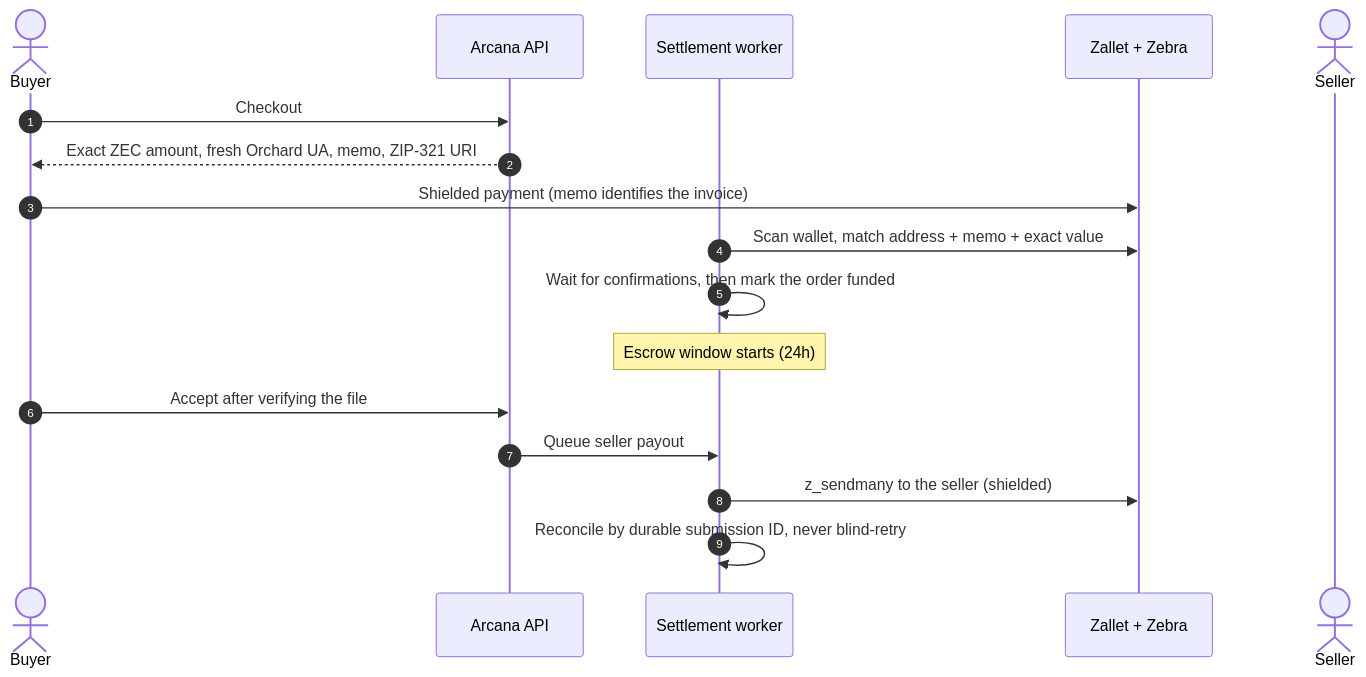
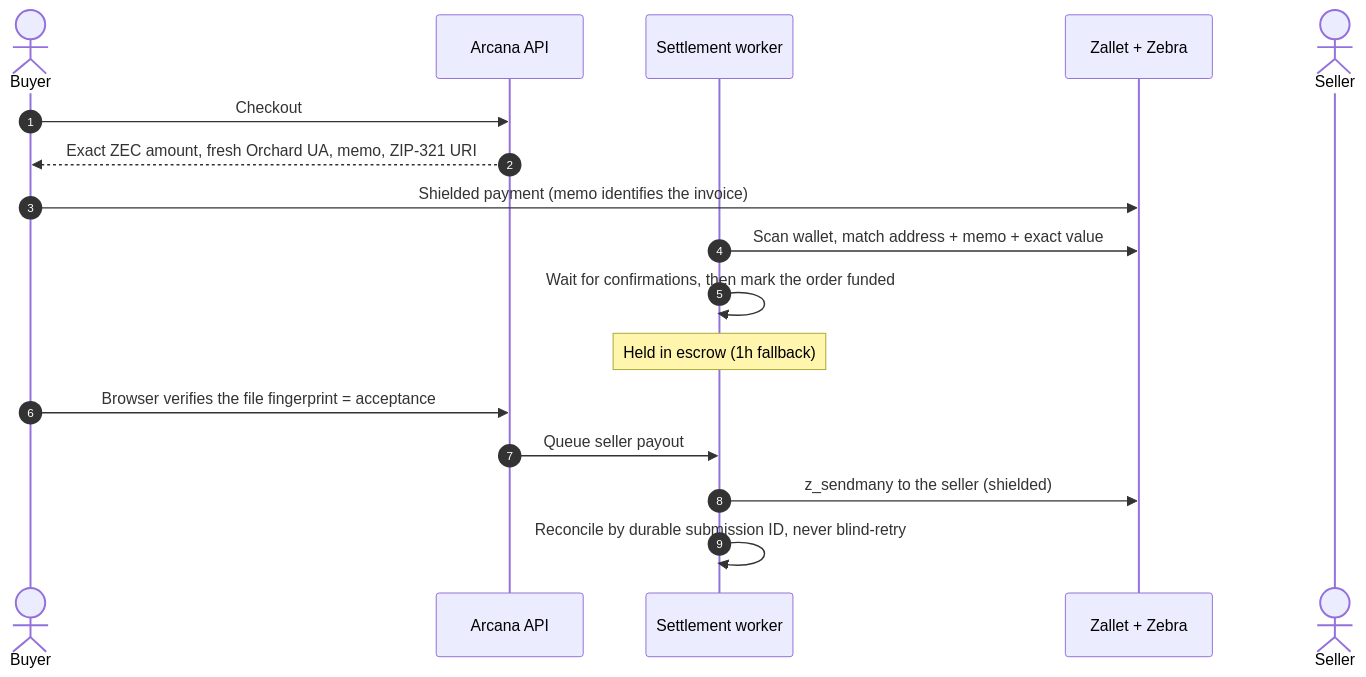
Before and after one commit to Timioni001/Gallery-Arcana: the first of 3 diagrams in HACKATHON.md, drawn with Mermaid. The commit also changed other lines of this file and 12 other files, not shown here.

````diff
--- a/HACKATHON.md
+++ b/HACKATHON.md
@@ -106,20 +106,20 @@
 ```mermaid
 sequenceDiagram
     autonumber
     actor U as Buyer
     participant A as Arcana API
     participant W as Settlement worker
     participant Z as Zallet + Zebra
     actor S as Seller
 
     U->>A: Checkout
     A-->>U: Exact ZEC amount, fresh Orchard UA, memo, ZIP-321 URI
     U->>Z: Shielded payment (memo identifies the invoice)
     W->>Z: Scan wallet, match address + memo + exact value
     W->>W: Wait for confirmations, then mark the order funded
-    Note over W: Escrow window starts (24h)
-    U->>A: Accept after verifying the file
+    Note over W: Held in escrow (1h fallback)
+    U->>A: Browser verifies the file fingerprint = acceptance
     A->>W: Queue seller payout
     W->>Z: z_sendmany to the seller (shielded)
     W->>W: Reconcile by durable submission ID, never blind-retry
 ```
````
